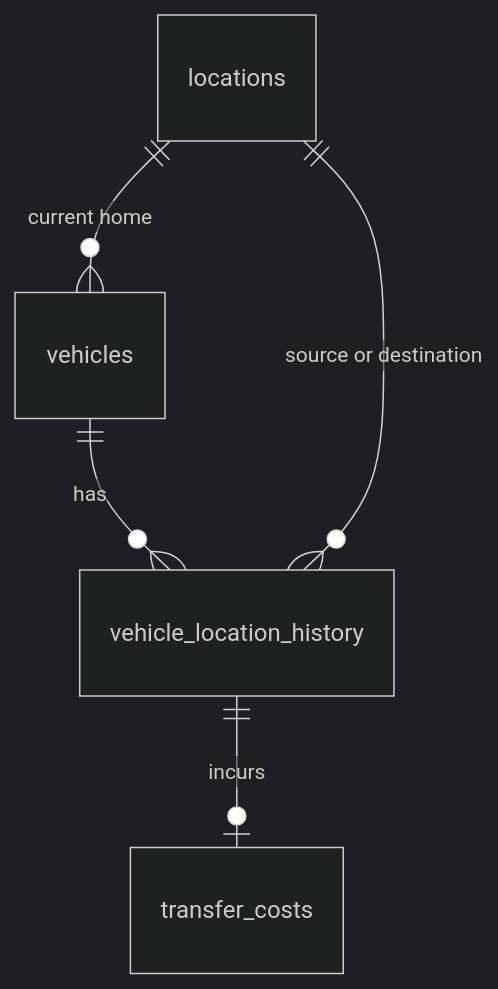
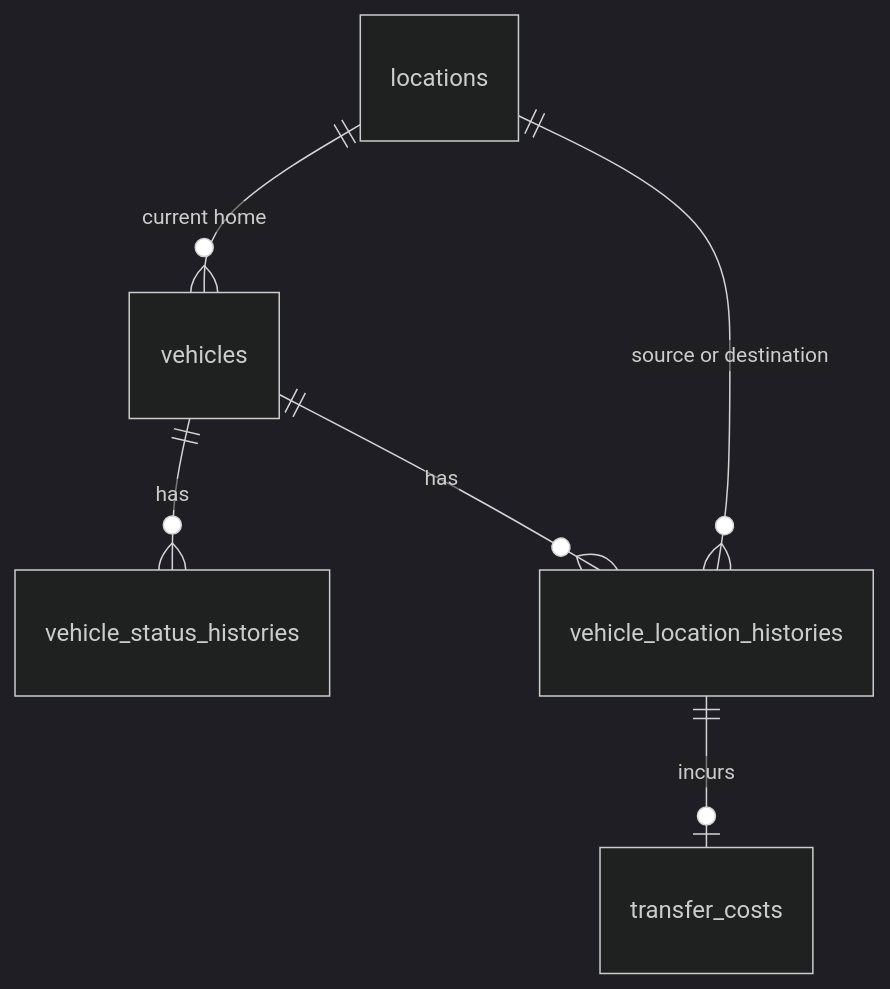
One commit to jjchase41/ai-sdlc-car-rental changed the diagram in docs/trd/database-design-car-management-location-inventory.md. Above: the diagram before and after it, drawn with Mermaid (dark theme). The commit also changed other lines of this file and 1 other file, not shown here.

Commit message:
Merge canonical vehicle schema constraints

````diff
--- a/docs/trd/database-design-car-management-location-inventory.md
+++ b/docs/trd/database-design-car-management-location-inventory.md
@@ -14,7 +15,8 @@
 ```mermaid
 erDiagram
     locations ||--o{ vehicles : "current home"
-    vehicles ||--o{ vehicle_location_history : "has"
-    locations ||--o{ vehicle_location_history : "source or destination"
-    vehicle_location_history ||--o| transfer_costs : "incurs"
+    vehicles ||--o{ vehicle_status_histories : "has"
+    vehicles ||--o{ vehicle_location_histories : "has"
+    locations ||--o{ vehicle_location_histories : "source or destination"
+    vehicle_location_histories ||--o| transfer_costs : "incurs"
 ```
````
